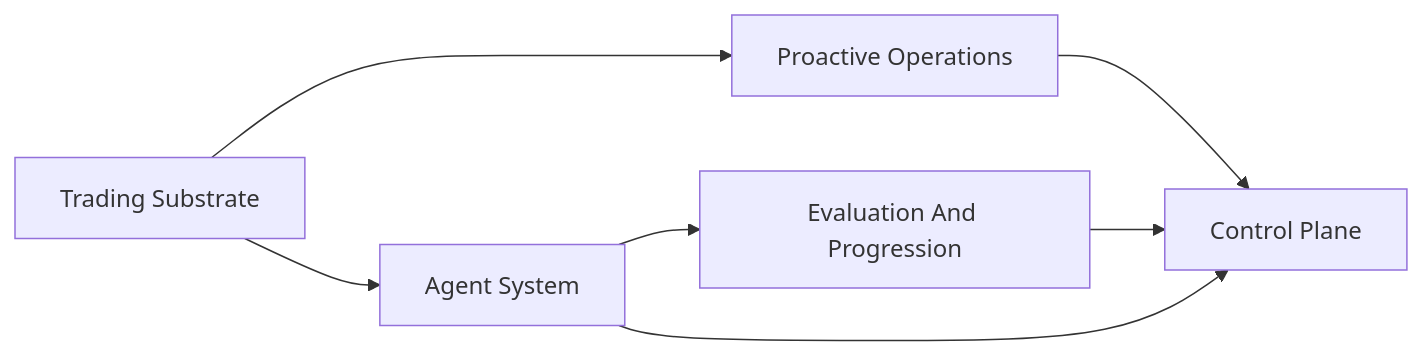
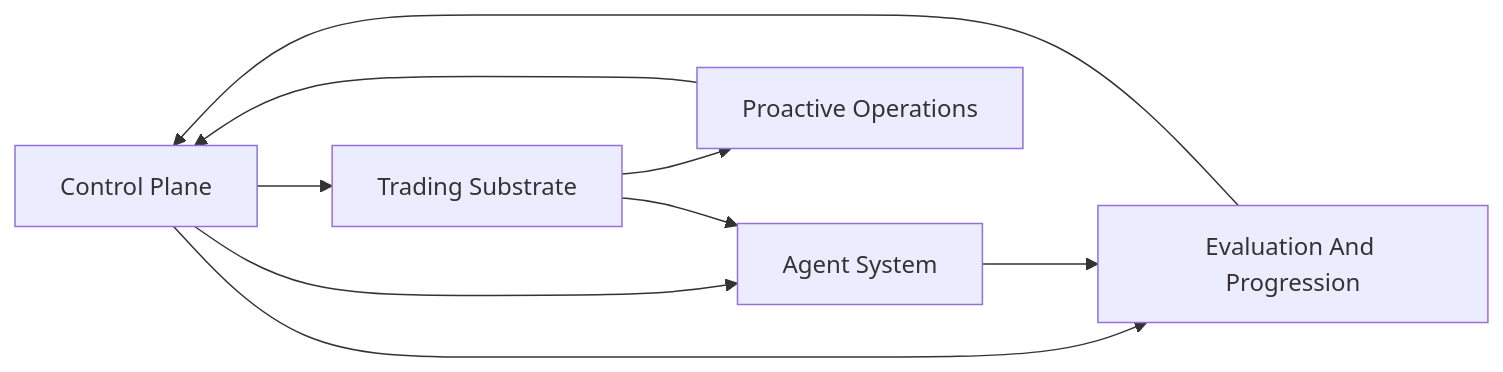
Before and after one commit to openboa-ai/ouroboros: the diagram in ARCHITECTURE.md, drawn with Mermaid. The commit also changed other lines of this file and 80 other files, not shown here.

Commit message:
docs: lock mlp-01 architecture design baseline

````diff
--- a/ARCHITECTURE.md
+++ b/ARCHITECTURE.md
@@ -43,9 +43,11 @@
 ```mermaid
 flowchart LR
-    T["Trading Substrate"] --> A["Agent System"]
+    C["Control Plane"] --> A["Agent System"]
+    C --> E["Evaluation And Progression"]
+    C --> T["Trading Substrate"]
+    T --> A
+    A --> E
+    E --> C
     T --> P["Proactive Operations"]
-    A --> E["Evaluation And Progression"]
-    P --> C["Control Plane"]
-    E --> C
-    A --> C
+    P --> C
 ```
````
